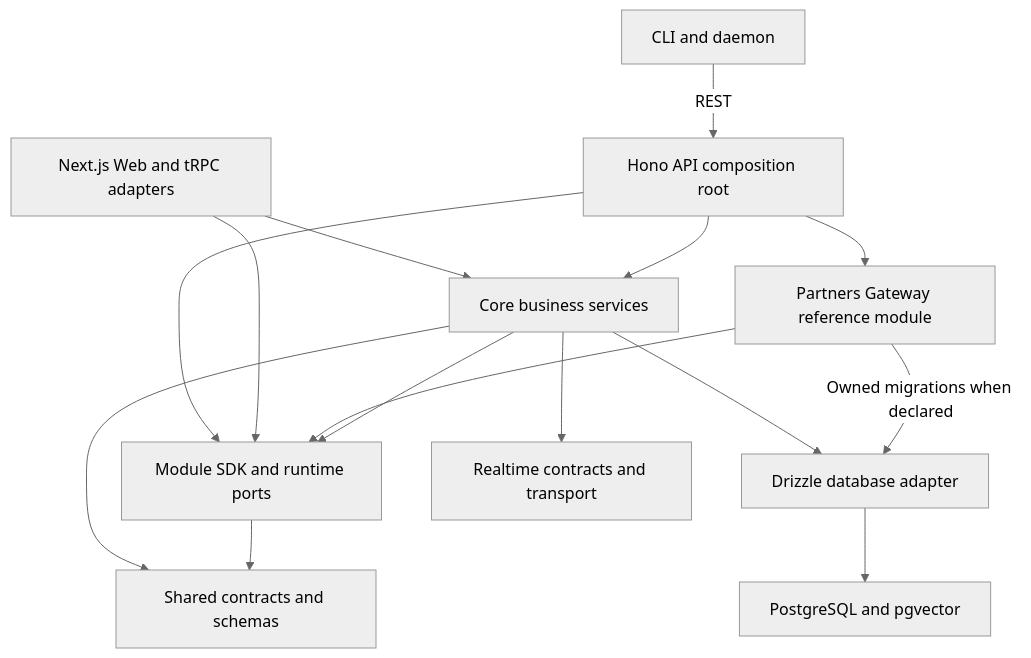
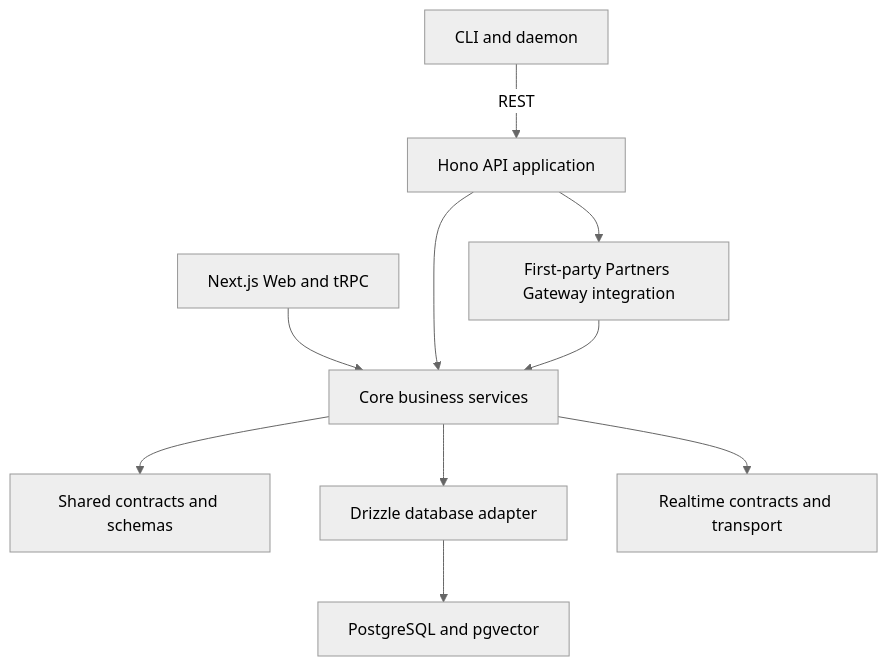
The diagram in docs/design.md (limmytian/task-weaver), drawn with Mermaid (neutral theme) before and after one commit. The commit also changed other lines of this file and 68 other files, not shown here.

````diff
--- a/docs/design.md
+++ b/docs/design.md
@@ -38,17 +38,12 @@
 ```mermaid
 flowchart TD
-    CLI[CLI and daemon] -->|REST| API[Hono API composition root]
-    WEB[Next.js Web and tRPC adapters] --> CORE[Core business services]
+    CLI[CLI and daemon] -->|REST| API[Hono API application]
+    WEB[Next.js Web and tRPC] --> CORE[Core business services]
     API --> CORE
-    API --> MODULE[Partners Gateway reference module]
-    API --> SDK[Module SDK and runtime ports]
-    WEB --> SDK
-    MODULE --> SDK
-    CORE --> SDK
+    API --> GATEWAY[First-party Partners Gateway integration]
     CORE --> CONTRACTS[Shared contracts and schemas]
-    SDK --> CONTRACTS
     CORE --> DB[Drizzle database adapter]
-    MODULE -->|Owned migrations when declared| DB
+    GATEWAY --> CORE
     CORE --> RT[Realtime contracts and transport]
     DB --> PG[PostgreSQL and pgvector]
 ```
````
